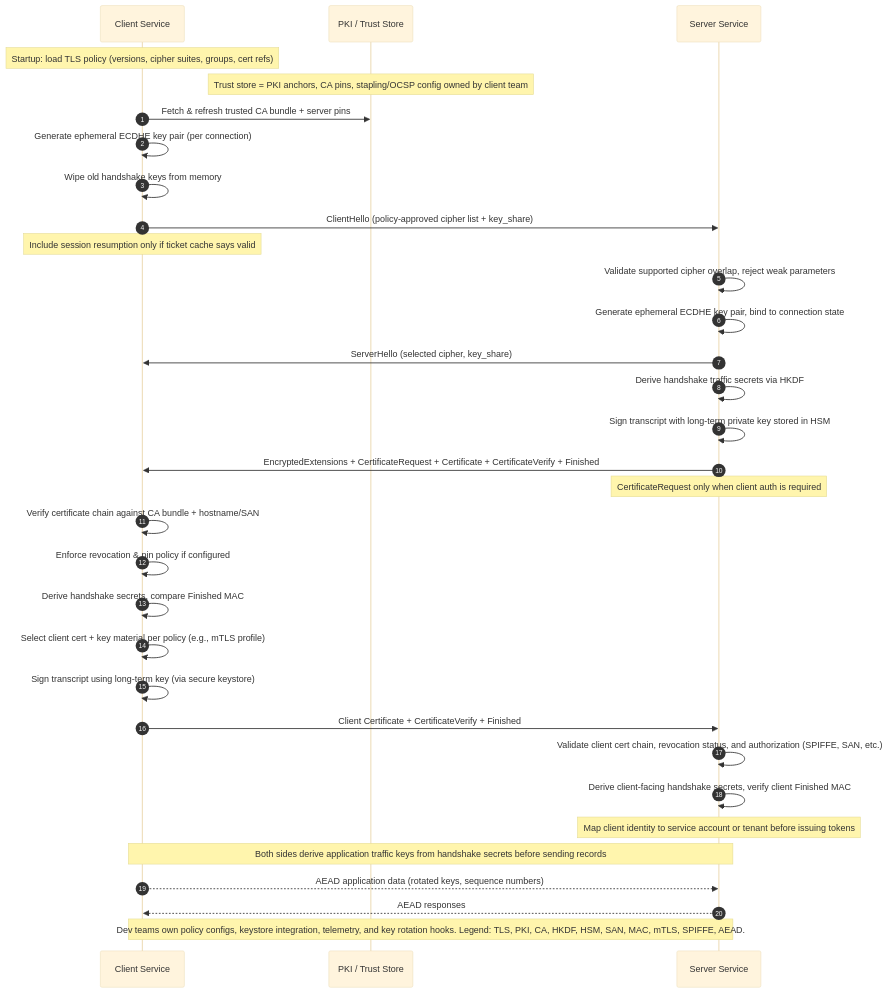
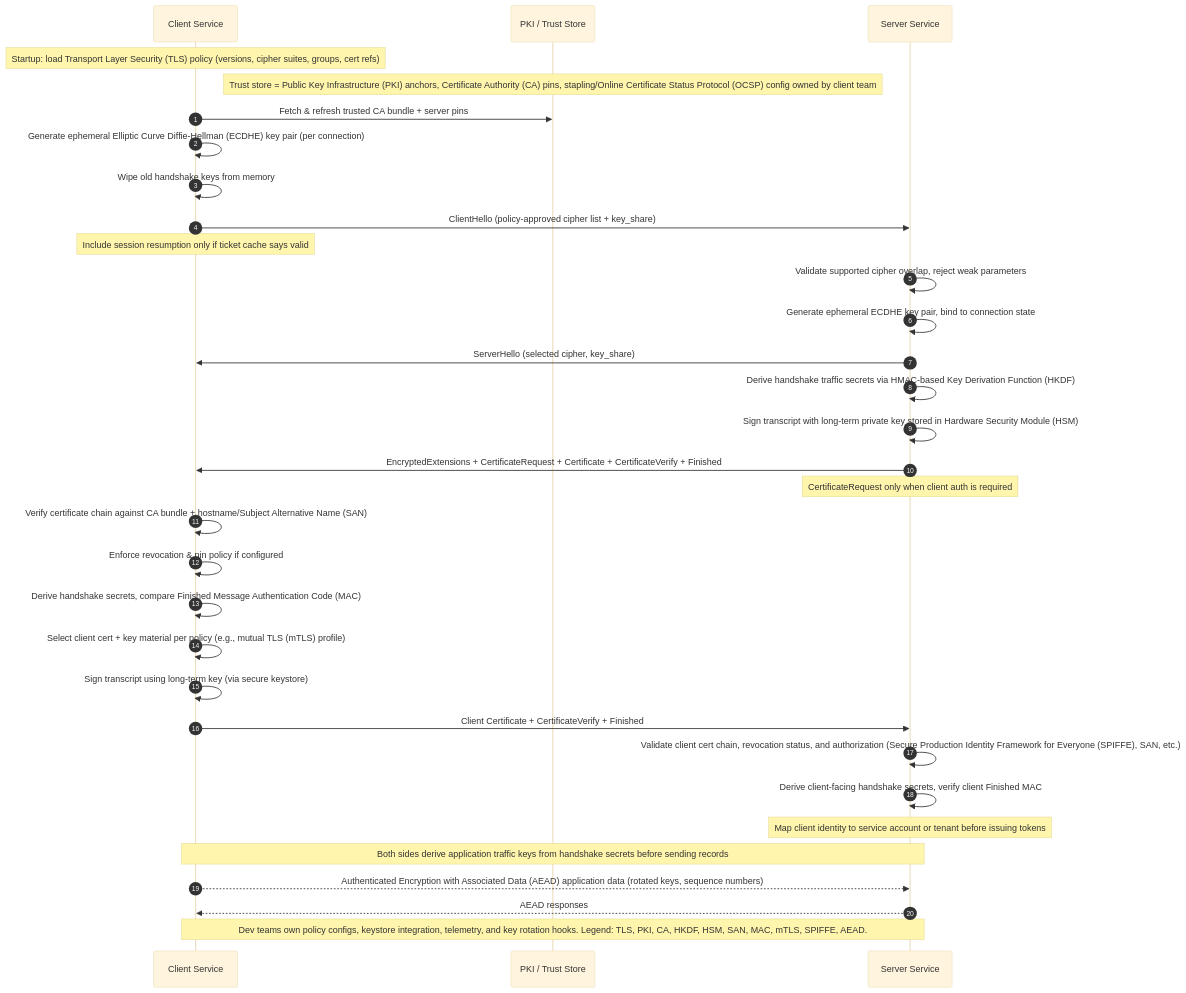
One commit to irahulsawhney/crypto-concepts changed the diagram in diagrams/11-tls13-mutual-auth-dev.mmd. Above: the diagram before and after it, drawn with Mermaid (base theme).

Commit message:
Restore acronym expansions in dev diagram

```diff
--- a/diagrams/11-tls13-mutual-auth-dev.mmd
+++ b/diagrams/11-tls13-mutual-auth-dev.mmd
@@ -1,42 +1,42 @@
 %% TLS 1.3 Mutual Auth - Dev Responsibilities
 sequenceDiagram
   autonumber
   participant ClientSvc as Client Service
   participant PKI as PKI / Trust Store
   participant ServerSvc as Server Service
 
-  Note over ClientSvc: Startup: load TLS policy (versions, cipher suites, groups, cert refs)
-  Note over PKI: Trust store = PKI anchors, CA pins, stapling/OCSP config owned by client team
+  Note over ClientSvc: Startup: load Transport Layer Security (TLS) policy (versions, cipher suites, groups, cert refs)
+  Note over PKI: Trust store = Public Key Infrastructure (PKI) anchors, Certificate Authority (CA) pins, stapling/Online Certificate Status Protocol (OCSP) config owned by client team
   ClientSvc->>PKI: Fetch & refresh trusted CA bundle + server pins
-  ClientSvc->>ClientSvc: Generate ephemeral ECDHE key pair (per connection)
+  ClientSvc->>ClientSvc: Generate ephemeral Elliptic Curve Diffie-Hellman (ECDHE) key pair (per connection)
   ClientSvc->>ClientSvc: Wipe old handshake keys from memory
 
   ClientSvc->>ServerSvc: ClientHello (policy-approved cipher list + key_share)
   Note over ClientSvc: Include session resumption only if ticket cache says valid
 
   ServerSvc->>ServerSvc: Validate supported cipher overlap, reject weak parameters
   ServerSvc->>ServerSvc: Generate ephemeral ECDHE key pair, bind to connection state
   ServerSvc->>ClientSvc: ServerHello (selected cipher, key_share)
 
-  ServerSvc->>ServerSvc: Derive handshake traffic secrets via HKDF
-  ServerSvc->>ServerSvc: Sign transcript with long-term private key stored in HSM
+  ServerSvc->>ServerSvc: Derive handshake traffic secrets via HMAC-based Key Derivation Function (HKDF)
+  ServerSvc->>ServerSvc: Sign transcript with long-term private key stored in Hardware Security Module (HSM)
   ServerSvc->>ClientSvc: EncryptedExtensions + CertificateRequest + Certificate + CertificateVerify + Finished
   Note over ServerSvc: CertificateRequest only when client auth is required
 
-  ClientSvc->>ClientSvc: Verify certificate chain against CA bundle + hostname/SAN
+  ClientSvc->>ClientSvc: Verify certificate chain against CA bundle + hostname/Subject Alternative Name (SAN)
   ClientSvc->>ClientSvc: Enforce revocation & pin policy if configured
-  ClientSvc->>ClientSvc: Derive handshake secrets, compare Finished MAC
+  ClientSvc->>ClientSvc: Derive handshake secrets, compare Finished Message Authentication Code (MAC)
 
-  ClientSvc->>ClientSvc: Select client cert + key material per policy (e.g., mTLS profile)
+  ClientSvc->>ClientSvc: Select client cert + key material per policy (e.g., mutual TLS (mTLS) profile)
   ClientSvc->>ClientSvc: Sign transcript using long-term key (via secure keystore)
   ClientSvc->>ServerSvc: Client Certificate + CertificateVerify + Finished
 
-  ServerSvc->>ServerSvc: Validate client cert chain, revocation status, and authorization (SPIFFE, SAN, etc.)
+  ServerSvc->>ServerSvc: Validate client cert chain, revocation status, and authorization (Secure Production Identity Framework for Everyone (SPIFFE), SAN, etc.)
   ServerSvc->>ServerSvc: Derive client-facing handshake secrets, verify client Finished MAC
   Note over ServerSvc: Map client identity to service account or tenant before issuing tokens
 
   Note over ClientSvc,ServerSvc: Both sides derive application traffic keys from handshake secrets before sending records
-  ClientSvc-->>ServerSvc: AEAD application data (rotated keys, sequence numbers)
+  ClientSvc-->>ServerSvc: Authenticated Encryption with Associated Data (AEAD) application data (rotated keys, sequence numbers)
   ServerSvc-->>ClientSvc: AEAD responses
 
   Note over ClientSvc,ServerSvc: Dev teams own policy configs, keystore integration, telemetry, and key rotation hooks. Legend: TLS, PKI, CA, HKDF, HSM, SAN, MAC, mTLS, SPIFFE, AEAD.
```
